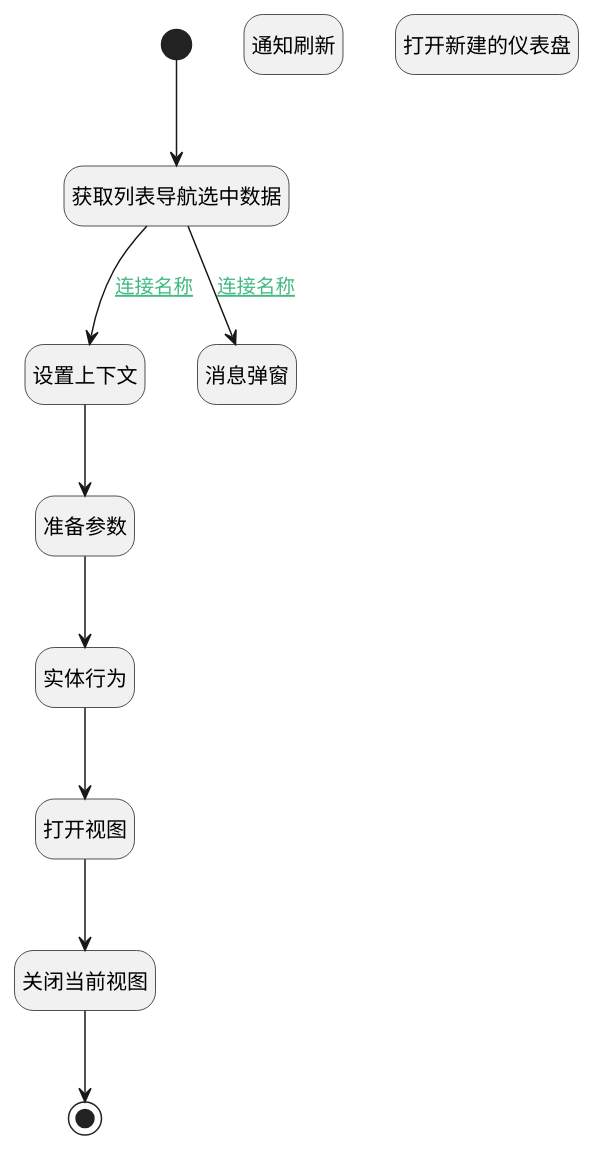
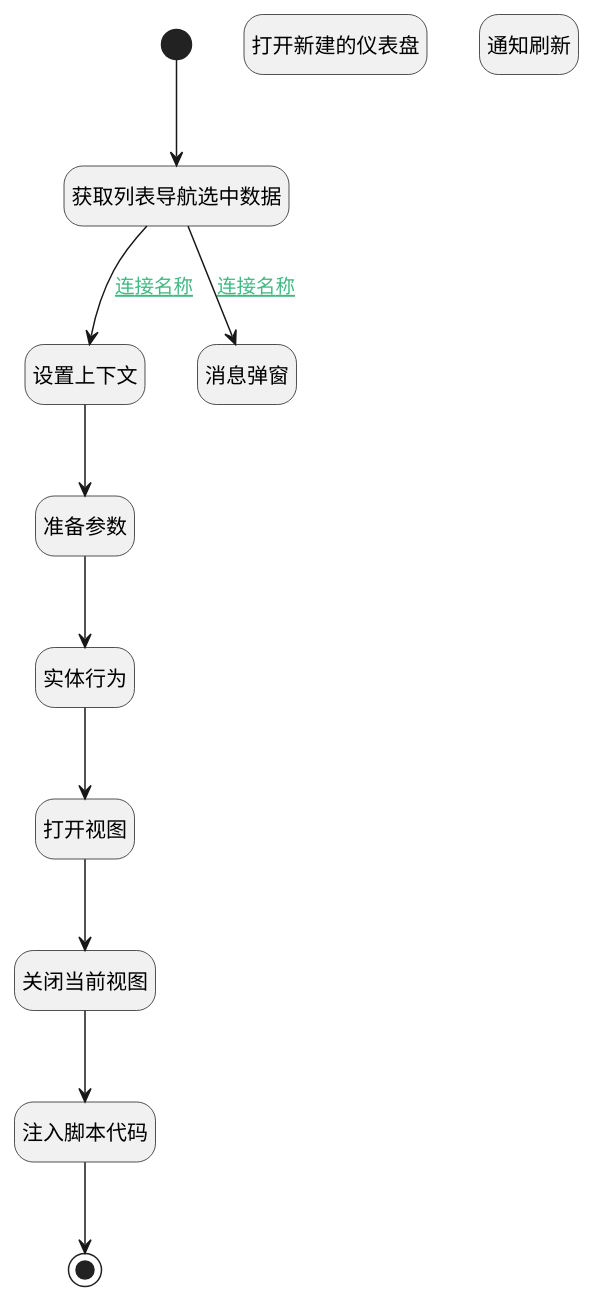
One commit to iBizLab/iBizPLM changed the diagram in doc/docsify/module/Base/dyna_dashboard/uilogic/use_cur_template_no_closed.md. Above: the diagram before and after it, drawn with PlantUML. The commit also changed other lines of this file and 1454 other files, not shown here.

````diff
--- a/doc/docsify/module/Base/dyna_dashboard/uilogic/use_cur_template_no_closed.md
+++ b/doc/docsify/module/Base/dyna_dashboard/uilogic/use_cur_template_no_closed.md
@@ -7,35 +7,37 @@
 ```plantuml
 @startuml
 hide footbox
 <style>
 root {
   HyperlinkColor #42b983
 }
 </style>
 
 hide empty description
 state "开始" as Begin <<start>> [[$./use_cur_template_no_closed#begin {开始}]]
+state "设置上下文" as RAWJSCODE1  [[$./use_cur_template_no_closed#rawjscode1 {设置上下文}]]
 state "获取列表导航选中数据" as PREPAREJSPARAM1  [[$./use_cur_template_no_closed#preparejsparam1 {获取列表导航选中数据}]]
+state "注入脚本代码" as RAWJSCODE5  [[$./use_cur_template_no_closed#rawjscode5 {注入脚本代码}]]
+state "关闭当前视图" as RAWJSCODE2  [[$./use_cur_template_no_closed#rawjscode2 {关闭当前视图}]]
+state "实体行为" as DEACTION1  [[$./use_cur_template_no_closed#deaction1 {实体行为}]]
+state "打开新建的仪表盘" as DEUIACTION1  [[$./use_cur_template_no_closed#deuiaction1 {打开新建的仪表盘}]]
+state "打开视图" as RAWJSCODE4  [[$./use_cur_template_no_closed#rawjscode4 {打开视图}]]
 state "通知刷新" as RAWJSCODE3  [[$./use_cur_template_no_closed#rawjscode3 {通知刷新}]]
+state "消息弹窗" as MSGBOX1  [[$./use_cur_template_no_closed#msgbox1 {消息弹窗}]]
 state "结束" as END1 <<end>> [[$./use_cur_template_no_closed#end1 {结束}]]
-state "打开视图" as RAWJSCODE4  [[$./use_cur_template_no_closed#rawjscode4 {打开视图}]]
-state "打开新建的仪表盘" as DEUIACTION1  [[$./use_cur_template_no_closed#deuiaction1 {打开新建的仪表盘}]]
 state "准备参数" as PREPAREJSPARAM2  [[$./use_cur_template_no_closed#preparejsparam2 {准备参数}]]
-state "关闭当前视图" as RAWJSCODE2  [[$./use_cur_template_no_closed#rawjscode2 {关闭当前视图}]]
-state "设置上下文" as RAWJSCODE1  [[$./use_cur_template_no_closed#rawjscode1 {设置上下文}]]
-state "实体行为" as DEACTION1  [[$./use_cur_template_no_closed#deaction1 {实体行为}]]
-state "消息弹窗" as MSGBOX1  [[$./use_cur_template_no_closed#msgbox1 {消息弹窗}]]
 
 
 Begin --> PREPAREJSPARAM1
 PREPAREJSPARAM1 --> RAWJSCODE1 : [[$./use_cur_template_no_closed#preparejsparam1-rawjscode1{连接名称} 连接名称]]
 RAWJSCODE1 --> PREPAREJSPARAM2
 PREPAREJSPARAM2 --> DEACTION1
 DEACTION1 --> RAWJSCODE4
 RAWJSCODE4 --> RAWJSCODE2
-RAWJSCODE2 --> END1
+RAWJSCODE2 --> RAWJSCODE5
+RAWJSCODE5 --> END1
 PREPAREJSPARAM1 --> MSGBOX1 : [[$./use_cur_template_no_closed#preparejsparam1-msgbox1{连接名称} 连接名称]]
 
 
 @enduml
 ```
````
